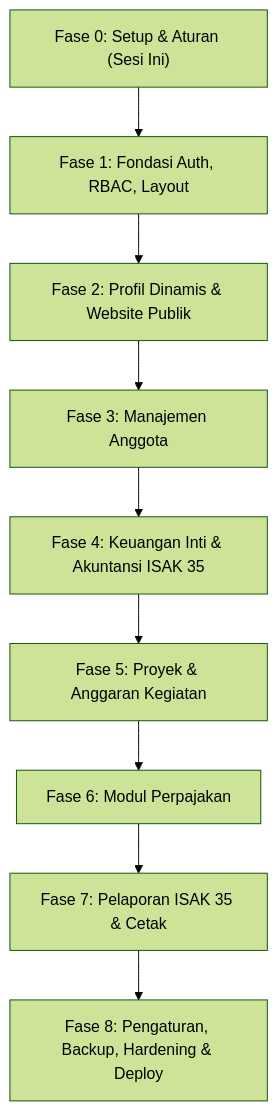
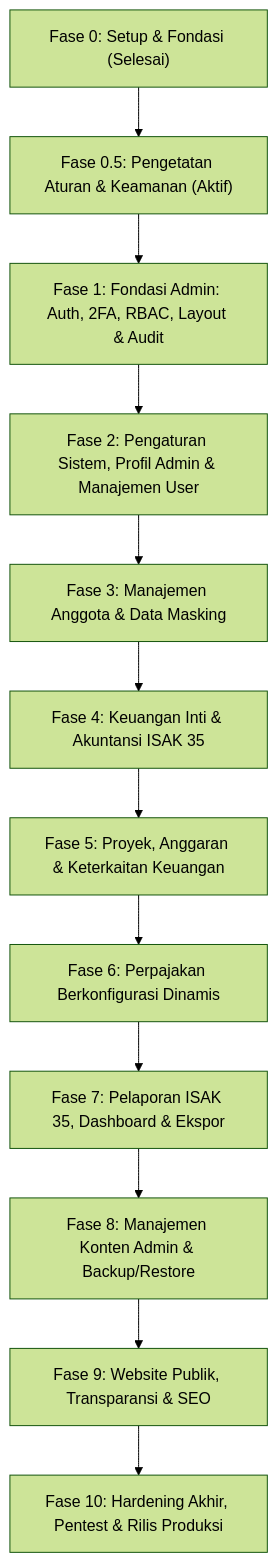
Before and after one commit to SunnFlower47/yayasan-nurjaman: the diagram in docs/MASTER-PLAN.md, drawn with Mermaid (forest theme). The commit also changed other lines of this file and 5 other files, not shown here.

Commit message:
docs(roadmap): reorganisasi master plan 11 fase dan penyelarasan panduan [ID: 0006]

````diff
--- a/docs/MASTER-PLAN.md
+++ b/docs/MASTER-PLAN.md
@@ -125,11 +41,14 @@
 ```mermaid
 flowchart TD
-    F0["Fase 0: Setup & Aturan (Sesi Ini)"] --> F1["Fase 1: Fondasi Auth, RBAC, Layout"]
-    F1 --> F2["Fase 2: Profil Dinamis & Website Publik"]
-    F2 --> F3["Fase 3: Manajemen Anggota"]
+    F0["Fase 0: Setup & Fondasi (Selesai)"] --> F05["Fase 0.5: Pengetatan Aturan & Keamanan (Aktif)"]
+    F05 --> F1["Fase 1: Fondasi Admin: Auth, 2FA, RBAC, Layout & Audit"]
+    F1 --> F2["Fase 2: Pengaturan Sistem, Profil Admin & Manajemen User"]
+    F2 --> F3["Fase 3: Manajemen Anggota & Data Masking"]
     F3 --> F4["Fase 4: Keuangan Inti & Akuntansi ISAK 35"]
-    F4 --> F5["Fase 5: Proyek & Anggaran Kegiatan"]
-    F5 --> F6["Fase 6: Modul Perpajakan"]
-    F6 --> F7["Fase 7: Pelaporan ISAK 35 & Cetak"]
-    F7 --> F8["Fase 8: Pengaturan, Backup, Hardening & Deploy"]
+    F4 --> F5["Fase 5: Proyek, Anggaran & Keterkaitan Keuangan"]
+    F5 --> F6["Fase 6: Perpajakan Berkonfigurasi Dinamis"]
+    F6 --> F7["Fase 7: Pelaporan ISAK 35, Dashboard & Ekspor"]
+    F7 --> F8["Fase 8: Manajemen Konten Admin & Backup/Restore"]
+    F8 --> F9["Fase 9: Website Publik, Transparansi & SEO"]
+    F9 --> F10["Fase 10: Hardening Akhir, Pentest & Rilis Produksi"]
 ```
````
